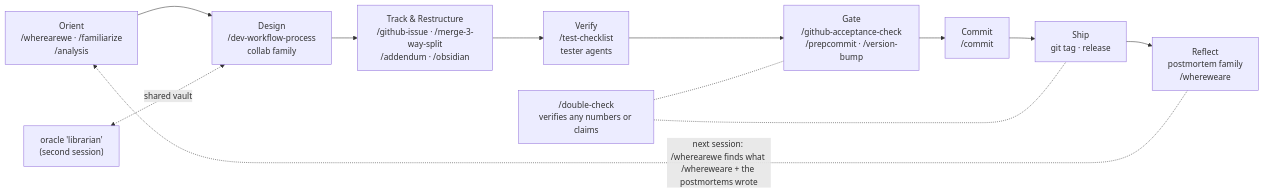
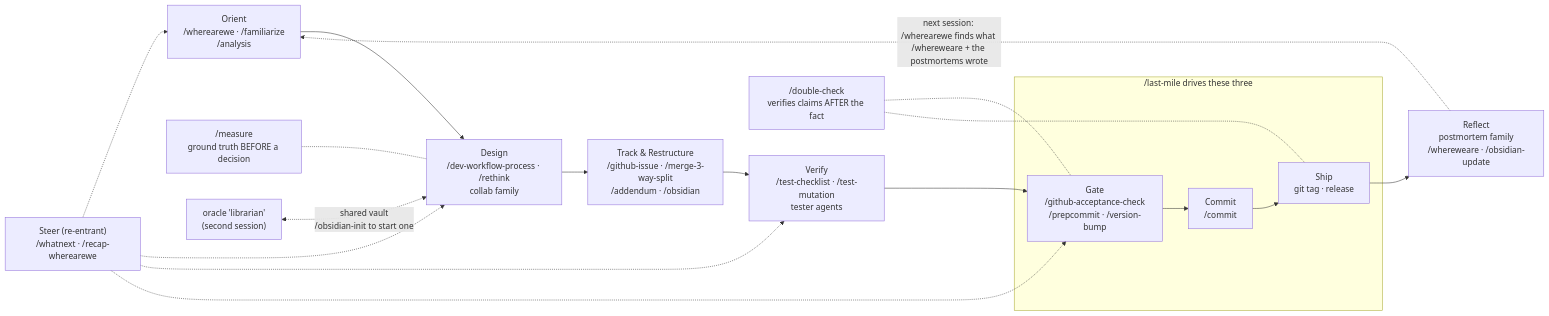
Before and after one commit to DazzleML/dazzle-claude-code-config: the diagram in docs/workflow.md, drawn with Mermaid. The commit also changed other lines of this file and 3 other files, not shown here.

````diff
--- a/docs/workflow.md
+++ b/docs/workflow.md
@@ -5,14 +5,17 @@
 ```mermaid
 flowchart LR
-    O["Orient<br/>/wherearewe · /familiarize<br/>/analysis"] --> D["Design<br/>/dev-workflow-process<br/>collab family"]
+    O["Orient<br/>/wherearewe · /familiarize<br/>/analysis"] --> D["Design<br/>/dev-workflow-process · /rethink<br/>collab family"]
     D --> T["Track & Restructure<br/>/github-issue · /merge-3-way-split<br/>/addendum · /obsidian"]
-    T --> V["Verify<br/>/test-checklist<br/>tester agents"]
-    V --> G["Gate<br/>/github-acceptance-check<br/>/prepcommit · /version-bump"]
-    G --> C["Commit<br/>/commit"]
-    C --> S["Ship<br/>git tag · release"]
-    S --> R["Reflect<br/>postmortem family<br/>/whereweare"]
+    T --> V["Verify<br/>/test-checklist · /test-mutation<br/>tester agents"]
+    subgraph LM ["/last-mile drives these three"]
+        G["Gate<br/>/github-acceptance-check<br/>/prepcommit · /version-bump"] --> C["Commit<br/>/commit"] --> S["Ship<br/>git tag · release"]
+    end
+    V --> G
+    S --> R["Reflect<br/>postmortem family<br/>/whereweare · /obsidian-update"]
     R -.->|"next session: /wherearewe finds what /whereweare + the postmortems wrote"| O
-    DC["/double-check<br/>verifies any numbers or claims"] -.- G
+    ST["Steer (re-entrant)<br/>/whatnext · /recap-wherearewe"] -.-> O & D & V & G
+    M["/measure<br/>ground truth BEFORE a decision"] -.- D
+    DC["/double-check<br/>verifies claims AFTER the fact"] -.- G
     DC -.- S
-    L["oracle 'librarian'<br/>(second session)"] <-.->|"shared vault"| D
+    L["oracle 'librarian'<br/>(second session)"] <-.->|"shared vault<br/>/obsidian-init to start one"| D
 ```
````
